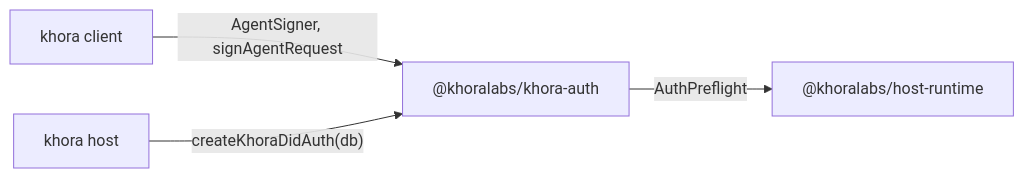
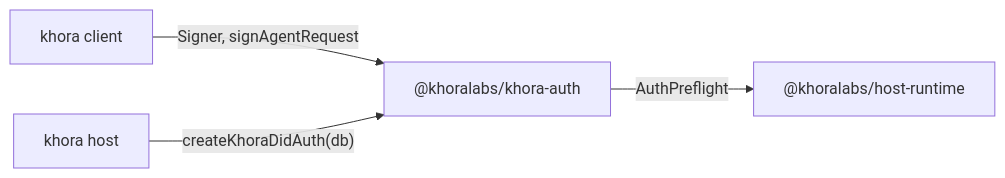
The diagram in packages/khora/auth/README.md (khoralabs/khora), drawn with Mermaid before and after one commit. The commit also changed other lines of this file and 59 other files, not shown here.

Commit message:
migrate @khoralabs/agent-persisted-signer workspace dependency to @khoralabs/did-key-identity package

````diff
--- a/packages/khora/auth/README.md
+++ b/packages/khora/auth/README.md
@@ -15,6 +15,6 @@
 ```mermaid
 graph LR
-  client["khora client"] -->|"AgentSigner, signAgentRequest"| auth["@khoralabs/khora-auth"]
+  client["khora client"] -->|"Signer, signAgentRequest"| auth["@khoralabs/khora-auth"]
   host["khora host"] -->|"createKhoraDidAuth(db)"| auth
   auth -->|"AuthPreflight"| relay["@khoralabs/host-runtime"]
 ```
````
